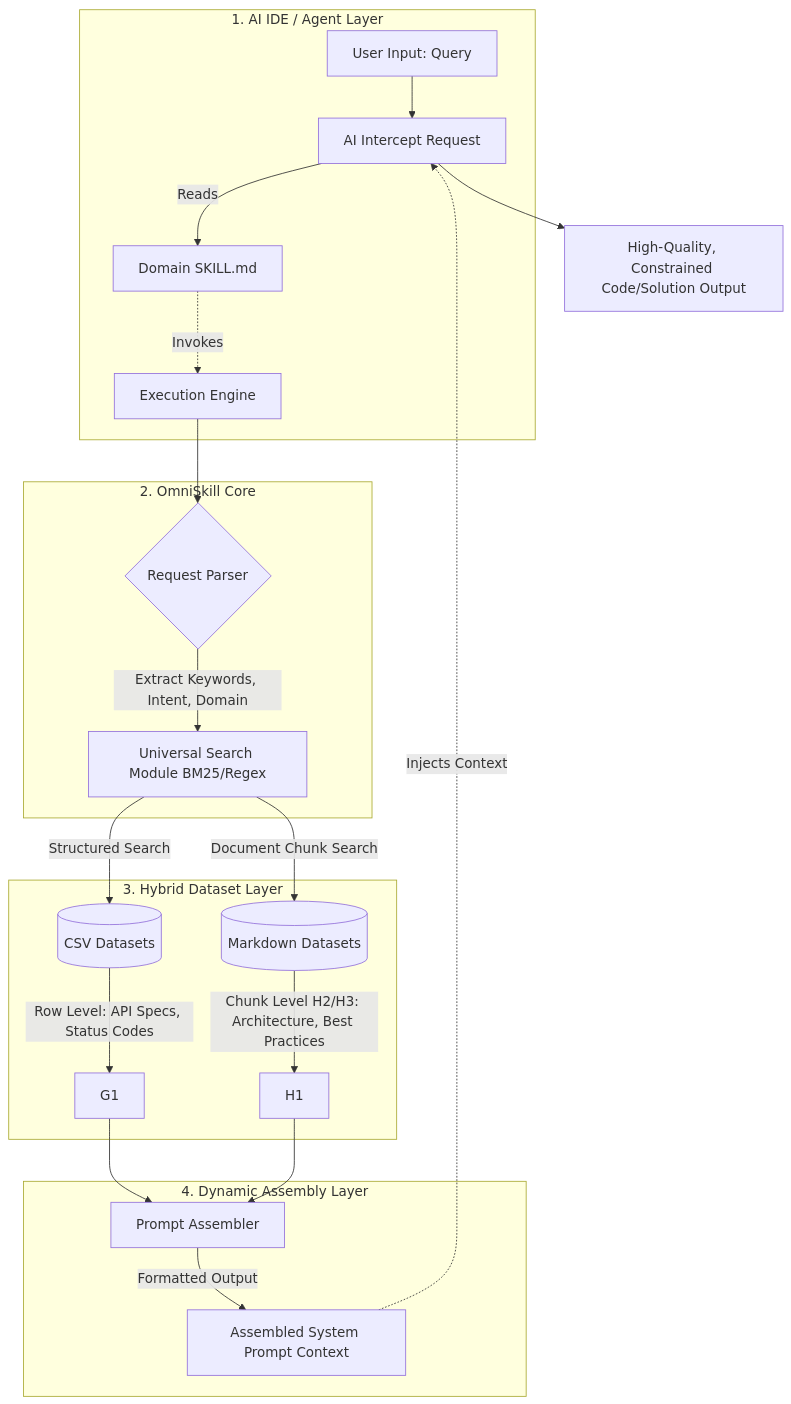
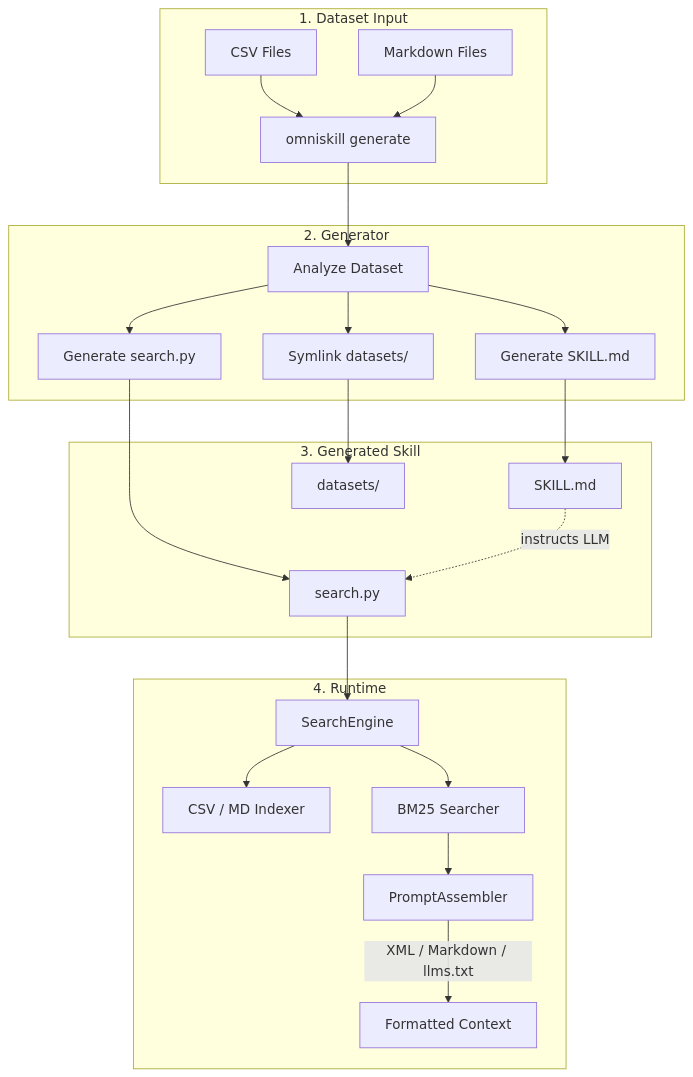
Before and after one commit to longcipher/omni-skill: the diagram in README.md, drawn with Mermaid. The commit also changed other lines of this file, not shown here.

Commit message:
docs(README): update skill generation and knowledge base instructions

````diff
--- a/README.md
+++ b/README.md
@@ -100,29 +82,30 @@
 ```mermaid
 graph TD
-    subgraph "1. AI IDE / Agent Layer"
-        A[User Input: Query] --> B[AI Intercept Request]
-        B --> |Reads| C[Domain SKILL.md]
-        C -. "Invokes" .-> D[Execution Engine]
+    subgraph "1. Dataset Input"
+        CSV[CSV Files] --> GEN[omniskill generate]
+        MD[Markdown Files] --> GEN
     end
 
-    subgraph "2. OmniSkill Core"
-        D --> E{Request Parser}
-        E --> |Extract Keywords, Intent, Domain| F[Universal Search Module BM25/Regex]
+    subgraph "2. Generator"
+        GEN --> ANALYZE[Analyze Dataset]
+        ANALYZE --> GEN_SCRIPT[Generate search.py]
+        ANALYZE --> GEN_MD[Generate SKILL.md]
+        ANALYZE --> LINK[Symlink datasets/]
     end
 
-    subgraph "3. Hybrid Dataset Layer"
-        F --> |Structured Search| G[(CSV Datasets)]
-        G --> |Row Level: API Specs, Status Codes| G1
-        F --> |Document Chunk Search| H[(Markdown Datasets)]
-        H --> |Chunk Level H2/H3: Architecture, Best Practices| H1
+    subgraph "3. Generated Skill"
+        GEN_SCRIPT --> SEARCH_PY[search.py]
+        GEN_MD --> SKILL_MD[SKILL.md]
+        LINK --> DATASETS[datasets/]
     end
 
-    subgraph "4. Dynamic Assembly Layer"
-        G1 --> I[Prompt Assembler]
-        H1 --> I
-        I --> |Formatted Output| J[Assembled System Prompt Context]
+    subgraph "4. Runtime"
+        SEARCH_PY --> ENGINE[SearchEngine]
+        ENGINE --> INDEXER[CSV / MD Indexer]
+        ENGINE --> BM25[BM25 Searcher]
+        BM25 --> ASM[PromptAssembler]
+        ASM --> |XML / Markdown / llms.txt| OUTPUT[Formatted Context]
     end
 
-    J -. "Injects Context" .-> B
-    B --> K[High-Quality, Constrained Code/Solution Output]
+    SKILL_MD -. "instructs LLM" .-> SEARCH_PY
 ```
````
